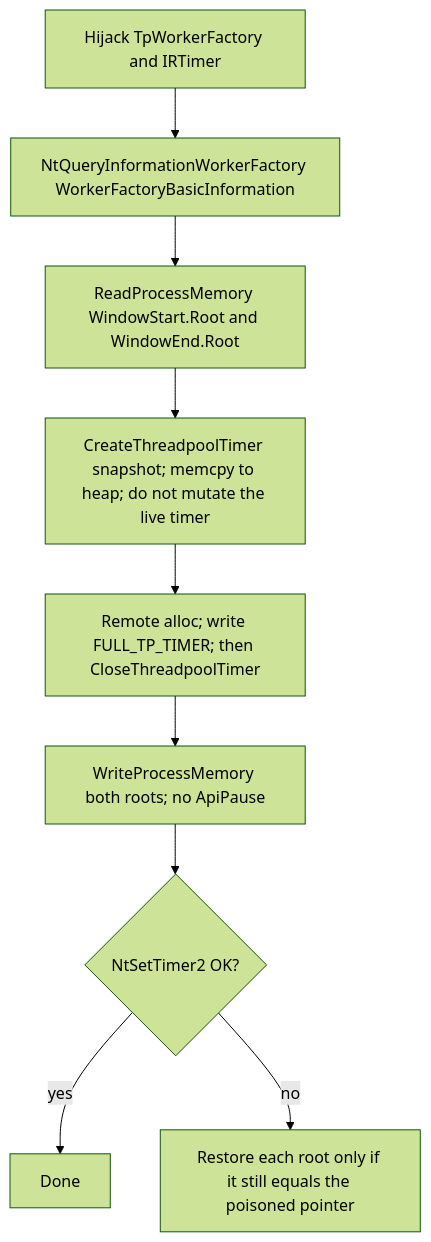
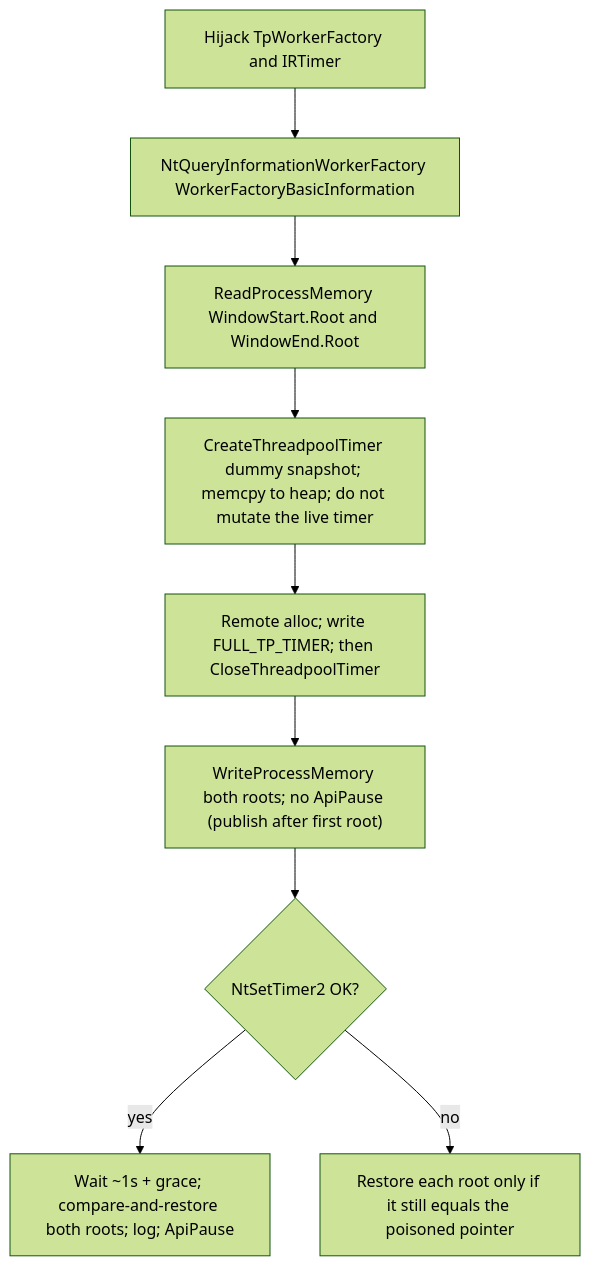
Before and after one commit to An0nUD4Y/PoolParty-BOF: the sixth of 6 diagrams in README.md, drawn with Mermaid (forest theme). The commit also changed other lines of this file and 26 other files, not shown here.

````diff
--- a/README.md
+++ b/README.md
@@ -352,11 +365,11 @@
 ```mermaid
 flowchart TD
   A["Hijack TpWorkerFactory and IRTimer"] --> B["NtQueryInformationWorkerFactory WorkerFactoryBasicInformation"]
   B --> C["ReadProcessMemory WindowStart.Root and WindowEnd.Root"]
-  C --> D["CreateThreadpoolTimer snapshot; memcpy to heap; do not mutate the live timer"]
+  C --> D["CreateThreadpoolTimer dummy snapshot; memcpy to heap; do not mutate the live timer"]
   D --> E["Remote alloc; write FULL_TP_TIMER; then CloseThreadpoolTimer"]
-  E --> F["WriteProcessMemory both roots; no ApiPause"]
+  E --> F["WriteProcessMemory both roots; no ApiPause (publish after first root)"]
   F --> G{"NtSetTimer2 OK?"}
-  G -->|yes| I["Done"]
+  G -->|yes| W["Wait ~1s + grace; compare-and-restore both roots; log; ApiPause"]
   G -->|no| R["Restore each root only if it still equals the poisoned pointer"]
 ```
````
